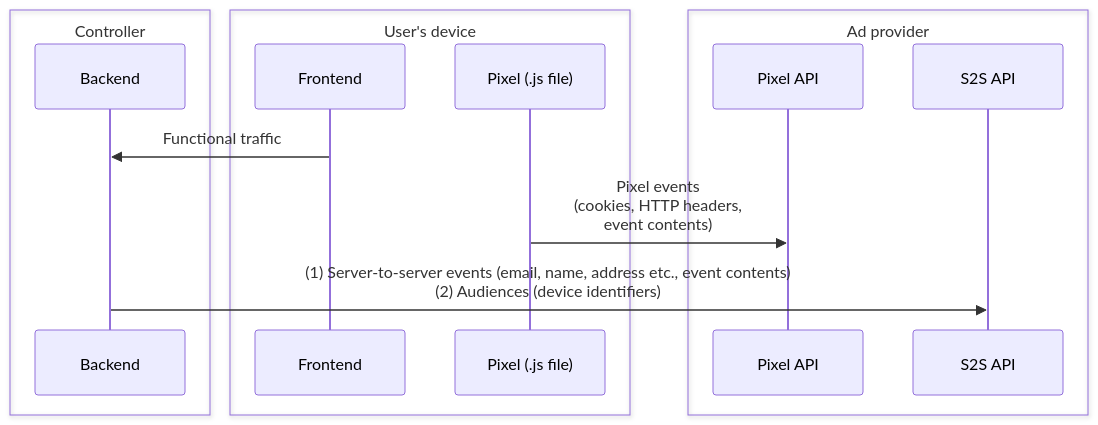
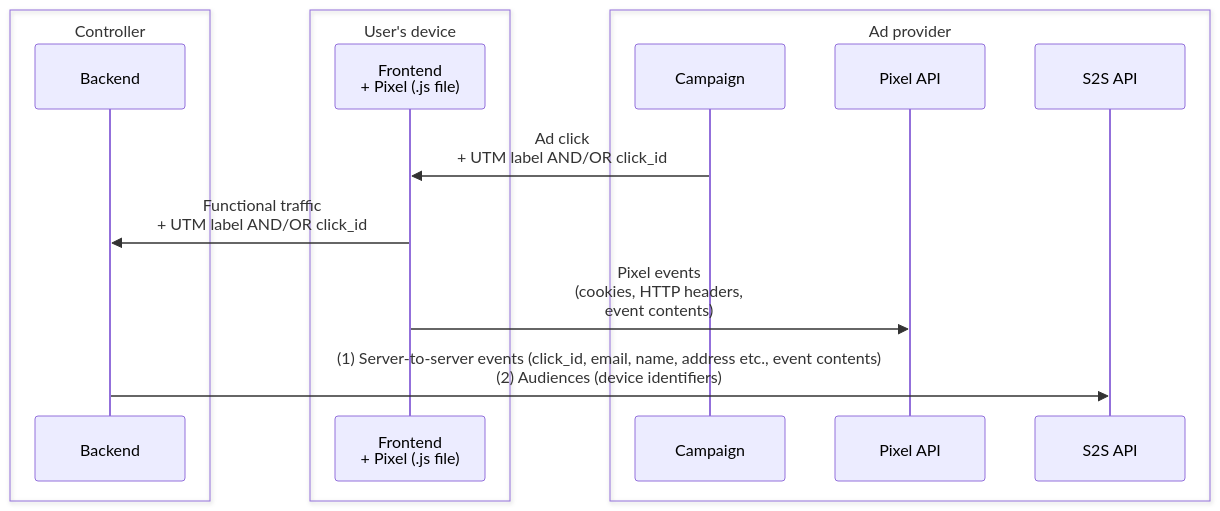
The diagram in discovery/example_marketing.md (olblinov/privacy-engineering-toolkit), drawn with Mermaid before and after one commit.

Commit message:
Added UTM labels

````diff
--- a/discovery/example_marketing.md
+++ b/discovery/example_marketing.md
@@ -1,24 +1,25 @@
 ```mermaid
 sequenceDiagram
     box Controller
     participant B as Backend
     end
 
     box User's device
-    participant F as Frontend
-    participant P as Pixel (.js file)
+    participant F as Frontend<br>+ Pixel (.js file)
+
     end
 
-    
-    
+
     box Ad provider
+    participant C as Campaign
     participant PA as Pixel API
     participant SA as S2S API
     end
 
-    F->>B: Functional traffic
-    P->>PA: Pixel events<br/>(cookies, HTTP headers,<br/>event contents)
-    B->>SA: (1) Server-to-server events (email, name, address etc., event contents)<br>(2) Audiences (device identifiers)
+    C->>F: Ad click<br>+ UTM label AND/OR click_id
+    F->>B: Functional traffic<br>+ UTM label AND/OR click_id
+    F->>PA: Pixel events<br/>(cookies, HTTP headers,<br/>event contents)
+    B->>SA: (1) Server-to-server events (click_id, email, name, address etc., event contents)<br>(2) Audiences (device identifiers)
 
     
 ```
````
